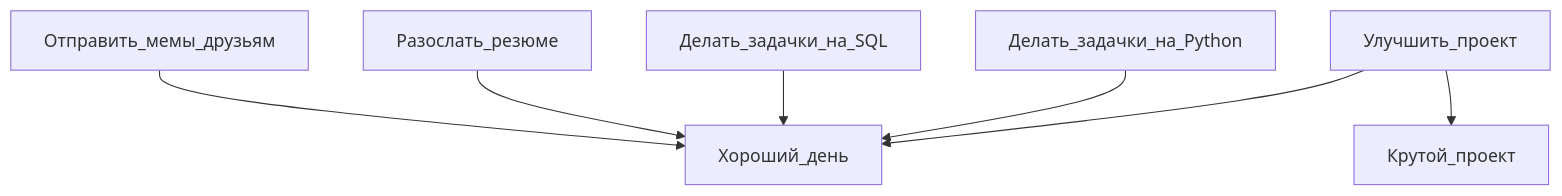
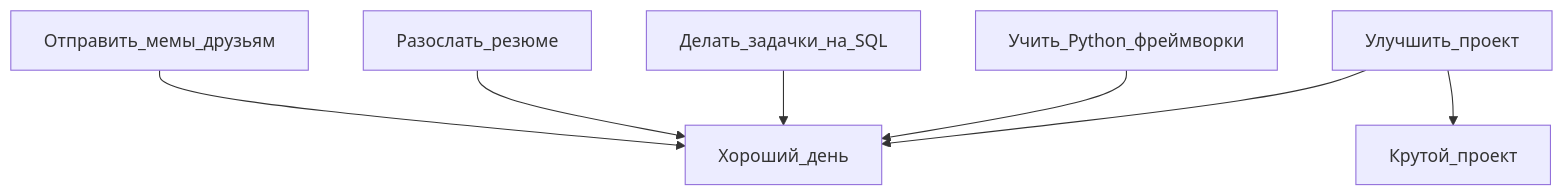
One commit to Dopelen/Dopelen changed the diagram in README.ru.md. Above: the diagram before and after it, drawn with Mermaid. The commit also changed other lines of this file, not shown here.

````diff
--- a/README.ru.md
+++ b/README.ru.md
@@ -28,9 +81,9 @@
 ```mermaid
 graph TD;
     Улучшить_проект-->Хороший_день;
     Улучшить_проект-->Крутой_проект;
-    Делать_задачки_на_Python-->Хороший_день;
+    Учить_Python_фреймворки-->Хороший_день;
     Делать_задачки_на_SQL-->Хороший_день;
     Разослать_резюме-->Хороший_день;
     Отправить_мемы_друзьям-->Хороший_день;
 ```
````
